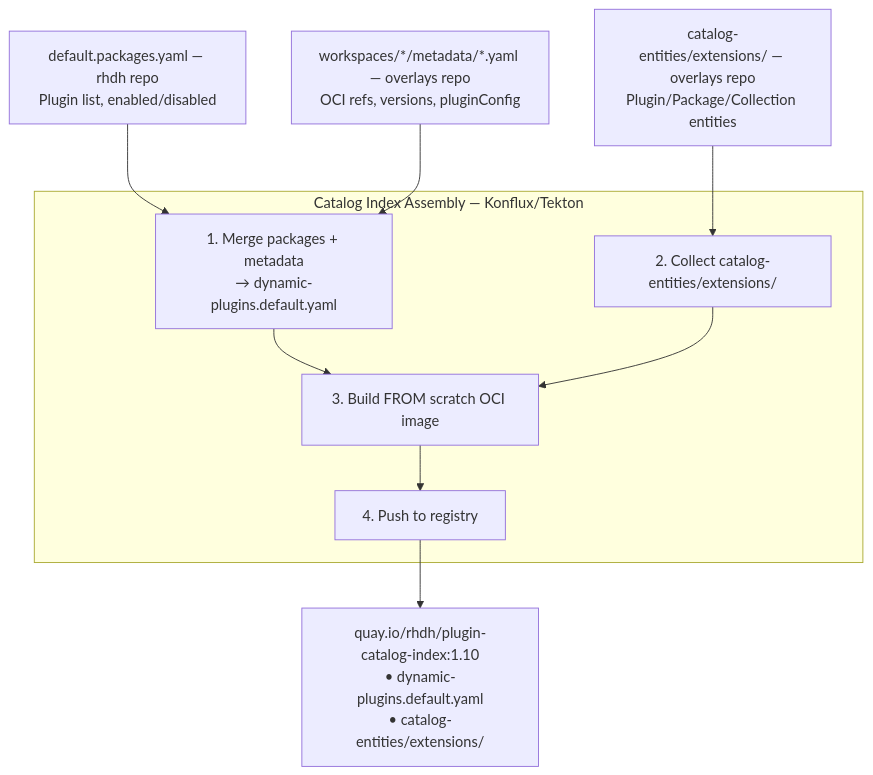
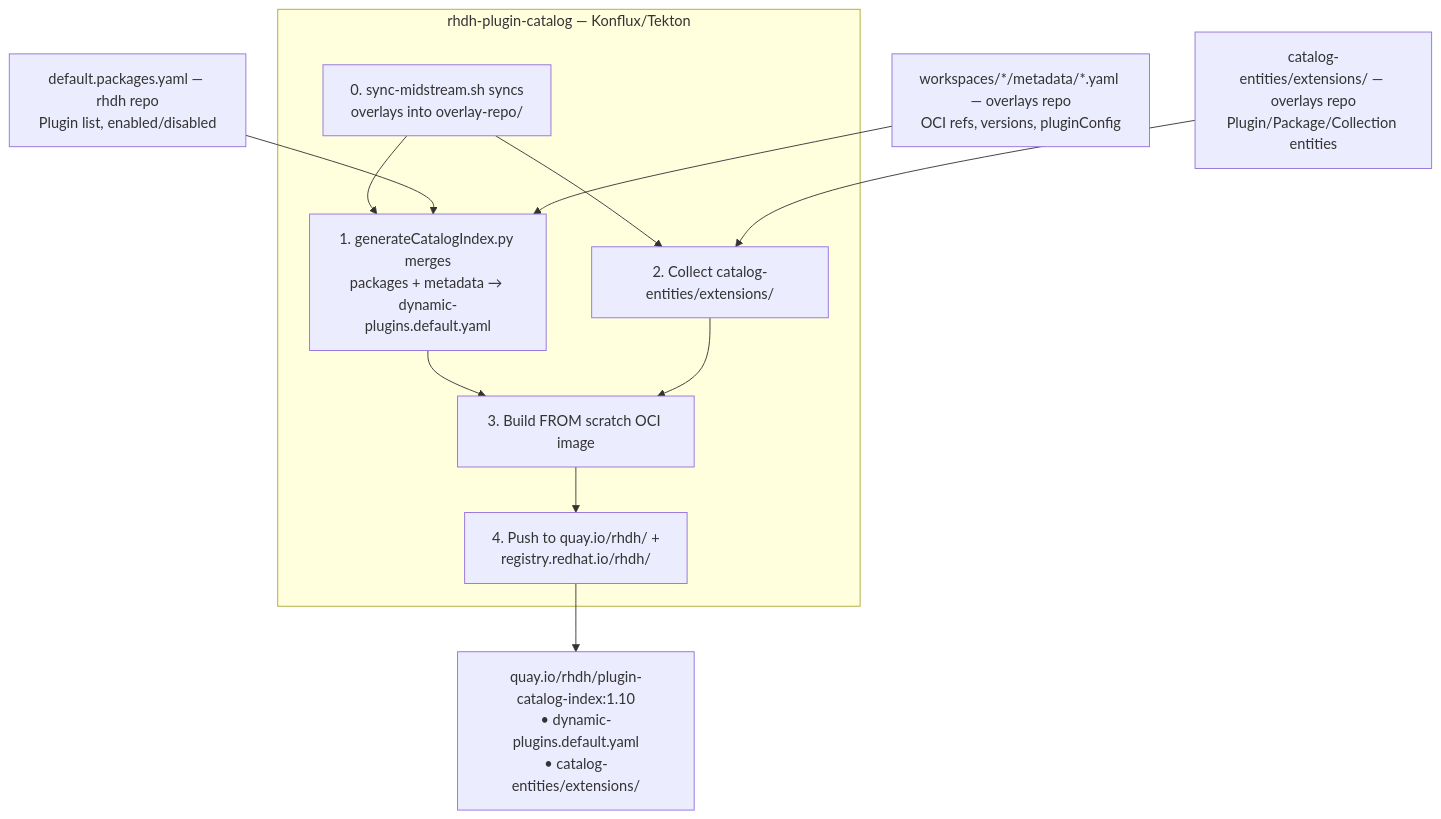
One commit to redhat-developer/rhdh changed the third of 5 diagrams in docs/architecture/catalog-index-build.md. Above: the diagram before and after it, drawn with Mermaid. The commit also changed other lines of this file and 1 other file, not shown here.

First line of the commit message:
docs: convert architecture diagrams to mermaid and add rhdh-plugin-catalog coverage

````diff
--- a/docs/architecture/catalog-index-build.md
+++ b/docs/architecture/catalog-index-build.md
@@ -206,23 +210,26 @@
 ```mermaid
 flowchart TB
     i1["default.packages.yaml — rhdh repo<br>Plugin list, enabled/disabled"]
     i2["workspaces/*/metadata/*.yaml — overlays repo<br>OCI refs, versions, pluginConfig"]
     i3["catalog-entities/extensions/ — overlays repo<br>Plugin/Package/Collection entities"]
 
-    subgraph assembly["Catalog Index Assembly — Konflux/Tekton"]
-        a1["1. Merge packages + metadata<br>→ dynamic-plugins.default.yaml"]
+    subgraph assembly["rhdh-plugin-catalog — Konflux/Tekton"]
+        a0["0. sync-midstream.sh syncs<br>overlays into overlay-repo/"]
+        a1["1. generateCatalogIndex.py merges<br>packages + metadata → dynamic-plugins.default.yaml"]
         a2["2. Collect catalog-entities/extensions/"]
         a3["3. Build FROM scratch OCI image"]
-        a4["4. Push to registry"]
+        a4["4. Push to quay.io/rhdh/ +<br>registry.redhat.io/rhdh/"]
+        a0 --> a1
+        a0 --> a2
         a1 --> a3
         a2 --> a3
         a3 --> a4
     end
 
     output["quay.io/rhdh/plugin-catalog-index:1.10<br>• dynamic-plugins.default.yaml<br>• catalog-entities/extensions/"]
 
     i1 --> a1
     i2 --> a1
     i3 --> a2
     a4 --> output
 ```
````
